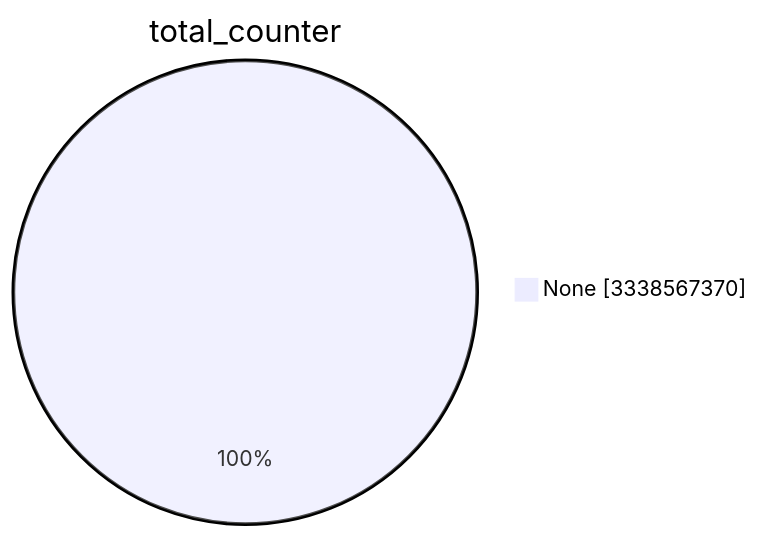
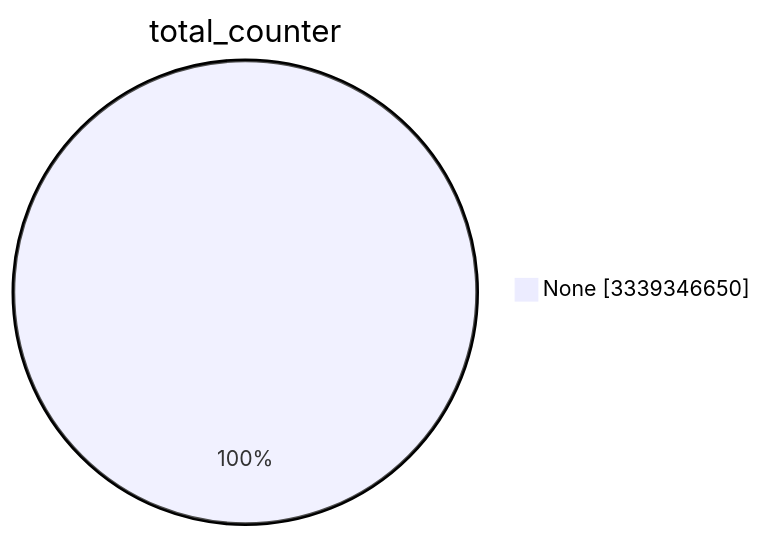
One commit to christiankrug/ctmonitor_visualization changed the first of 15 diagrams in TOTAL/README.md. Above: the diagram before and after it, drawn with Mermaid. The commit also changed other lines of this file, not shown here.

````diff
--- a/TOTAL/README.md
+++ b/TOTAL/README.md
@@ -1,5 +1,5 @@
 ```mermaid
 pie showData
 title total_counter
-"None" :3338567370
+"None" :3339346650
 ```
````
